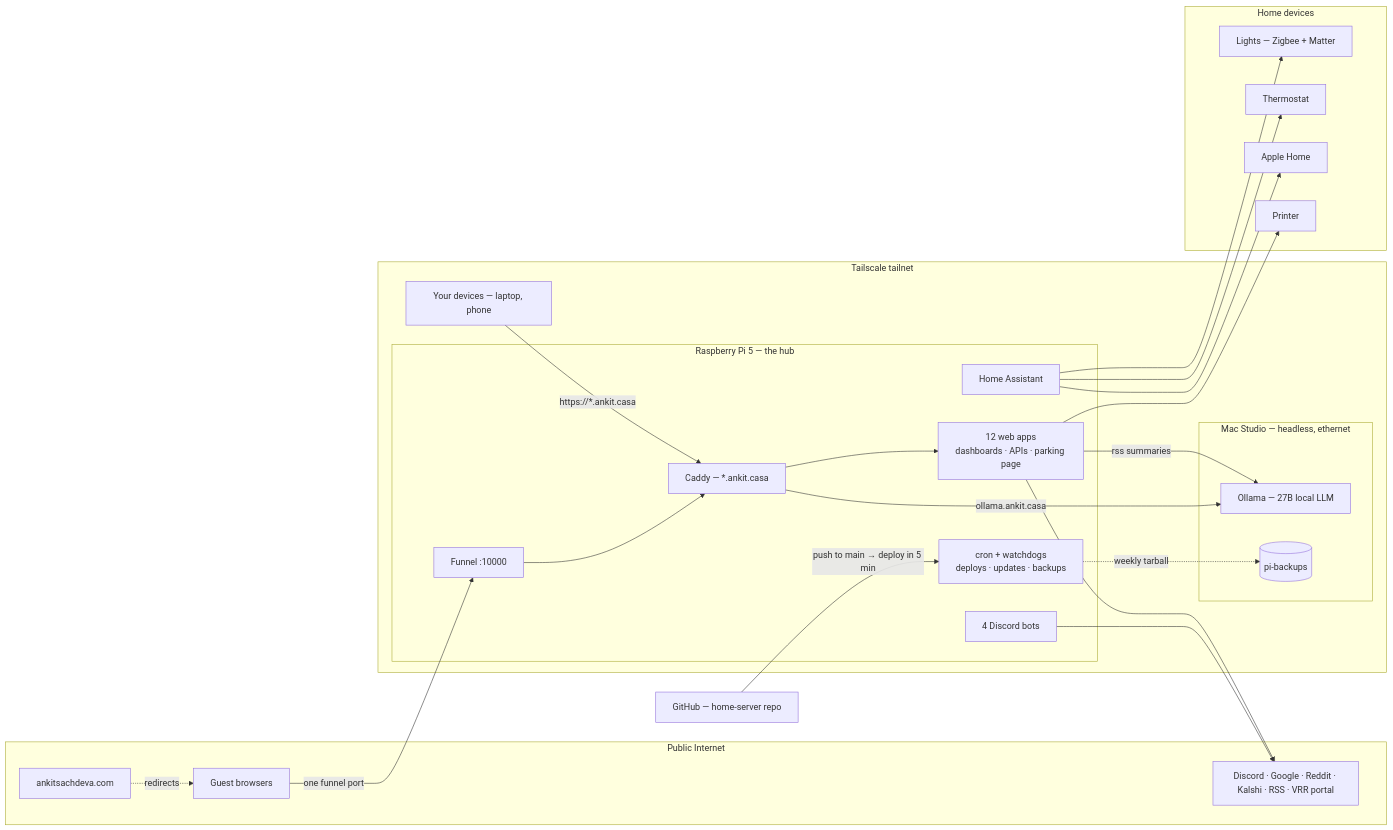
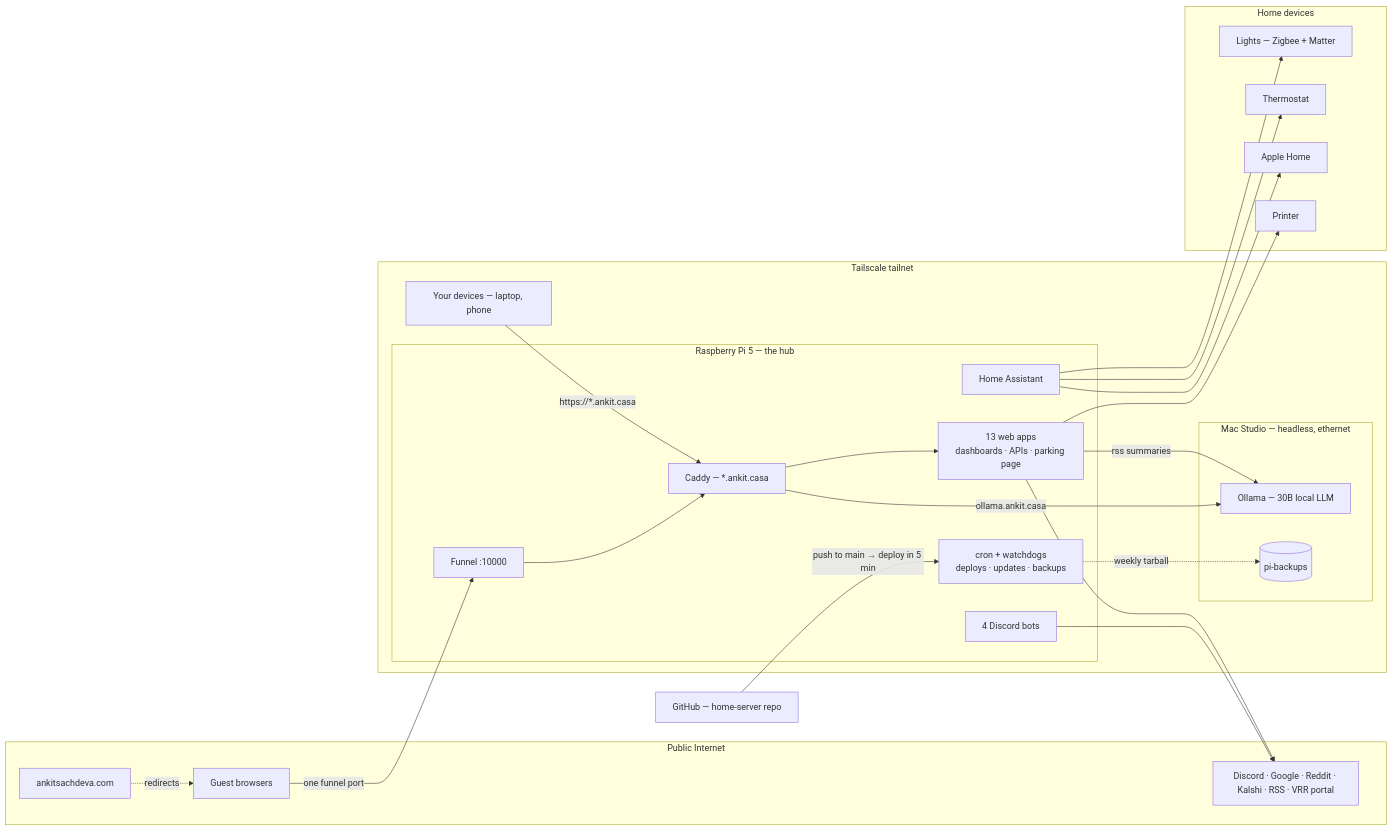
Before and after one commit to ankitsxchdeva/home-server: the first of 2 diagrams in README.md, drawn with Mermaid. The commit also changed other lines of this file and 6 other files, not shown here.

````diff
--- a/README.md
+++ b/README.md
@@ -49,51 +50,51 @@
 ```mermaid
 flowchart LR
     subgraph Internet["Public Internet"]
         guests["Guest browsers"]
         site["ankitsachdeva.com"]
         apis["Discord · Google · Reddit · Kalshi · RSS · VRR portal"]
     end
 
     gh["GitHub — home-server repo"]
 
     subgraph TN["Tailscale tailnet"]
         you["Your devices — laptop, phone"]
 
         subgraph PI["Raspberry Pi 5 — the hub"]
             funnel["Funnel :10000"]
             caddy["Caddy — *.ankit.casa"]
-            apps["12 web apps<br/>dashboards · APIs · parking page"]
+            apps["13 web apps<br/>dashboards · APIs · parking page"]
             bots["4 Discord bots"]
             ha["Home Assistant"]
             chores["cron + watchdogs<br/>deploys · updates · backups"]
         end
 
         subgraph STUDIO["Mac Studio — headless, ethernet"]
-            ollama["Ollama — 27B local LLM"]
+            ollama["Ollama — 30B local LLM"]
             backups[("pi-backups")]
         end
     end
 
     subgraph HOME["Home devices"]
         lights["Lights — Zigbee + Matter"]
         t6["Thermostat"]
         apple["Apple Home"]
         printer["Printer"]
     end
 
     site -.->|"redirects"| guests
     guests -->|"one funnel port"| funnel
     funnel --> caddy
     gh -->|"push to main → deploy in 5 min"| chores
     you -->|"https://*.ankit.casa"| caddy
     caddy --> apps
     caddy -->|"ollama.ankit.casa"| ollama
     apps -->|"rss summaries"| ollama
     apps --> printer
     bots --> apis
     apps --> apis
     chores -.->|"weekly tarball"| backups
     ha --> lights
     ha --> t6
     ha --> apple
 ```
````
